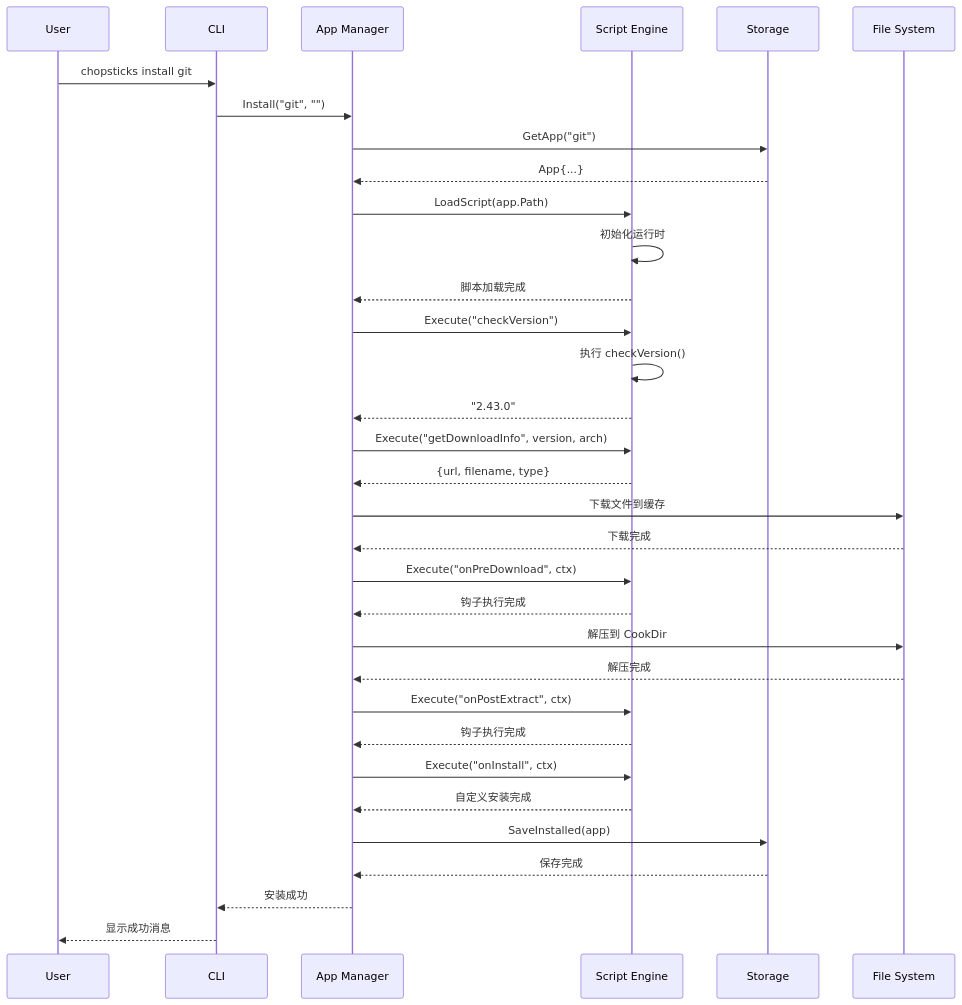
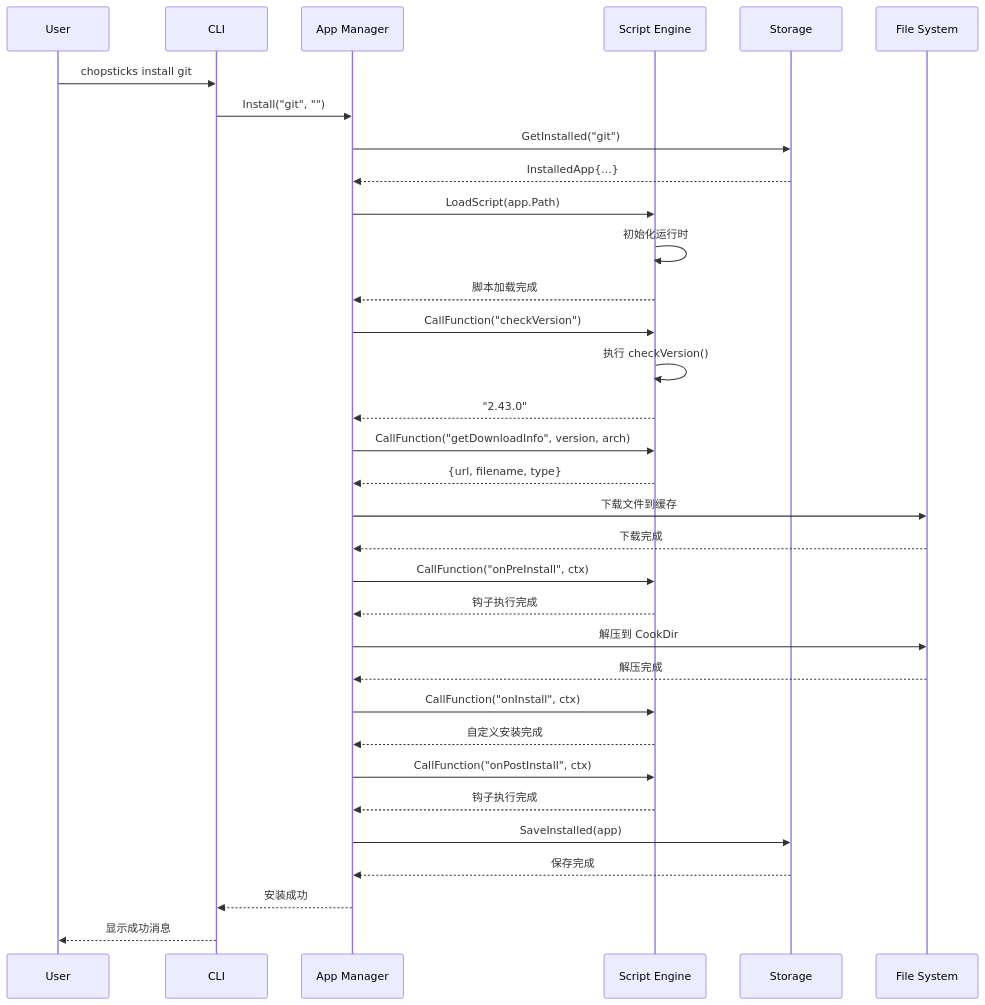
Before and after one commit to morning-start/chopsticks: the second of 4 diagrams in wiki/ARCHITECTURE.md, drawn with Mermaid. The commit also changed other lines of this file and 4 other files, not shown here.

````diff
--- a/wiki/ARCHITECTURE.md
+++ b/wiki/ARCHITECTURE.md
@@ -427,46 +397,46 @@
 ```mermaid
 sequenceDiagram
     participant User
     participant CLI
     participant AppMgr as App Manager
     participant Engine as Script Engine
     participant Store as Storage
     participant FS as File System
 
     User->>CLI: chopsticks install git
     CLI->>AppMgr: Install("git", "")
-    AppMgr->>Store: GetApp("git")
-    Store-->>AppMgr: App{...}
+    AppMgr->>Store: GetInstalled("git")
+    Store-->>AppMgr: InstalledApp{...}
 
     AppMgr->>Engine: LoadScript(app.Path)
     Engine->>Engine: 初始化运行时
     Engine-->>AppMgr: 脚本加载完成
 
-    AppMgr->>Engine: Execute("checkVersion")
+    AppMgr->>Engine: CallFunction("checkVersion")
     Engine->>Engine: 执行 checkVersion()
     Engine-->>AppMgr: "2.43.0"
 
-    AppMgr->>Engine: Execute("getDownloadInfo", version, arch)
+    AppMgr->>Engine: CallFunction("getDownloadInfo", version, arch)
     Engine-->>AppMgr: {url, filename, type}
 
     AppMgr->>FS: 下载文件到缓存
     FS-->>AppMgr: 下载完成
 
-    AppMgr->>Engine: Execute("onPreDownload", ctx)
+    AppMgr->>Engine: CallFunction("onPreInstall", ctx)
     Engine-->>AppMgr: 钩子执行完成
 
     AppMgr->>FS: 解压到 CookDir
     FS-->>AppMgr: 解压完成
 
-    AppMgr->>Engine: Execute("onPostExtract", ctx)
+    AppMgr->>Engine: CallFunction("onInstall", ctx)
+    Engine-->>AppMgr: 自定义安装完成
+
+    AppMgr->>Engine: CallFunction("onPostInstall", ctx)
     Engine-->>AppMgr: 钩子执行完成
-
-    AppMgr->>Engine: Execute("onInstall", ctx)
-    Engine-->>AppMgr: 自定义安装完成
 
     AppMgr->>Store: SaveInstalled(app)
     Store-->>AppMgr: 保存完成
 
     AppMgr-->>CLI: 安装成功
     CLI-->>User: 显示成功消息
 ```
````
